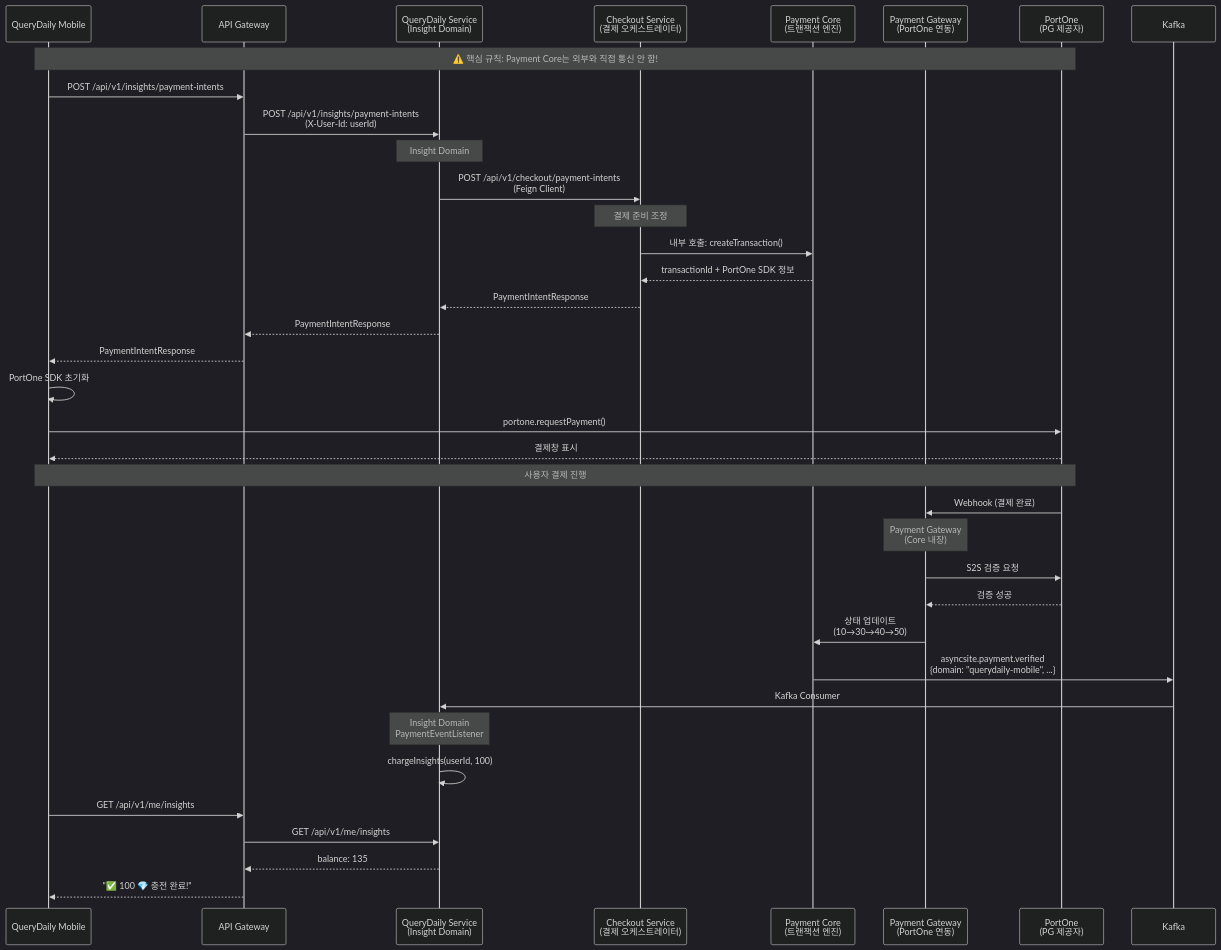
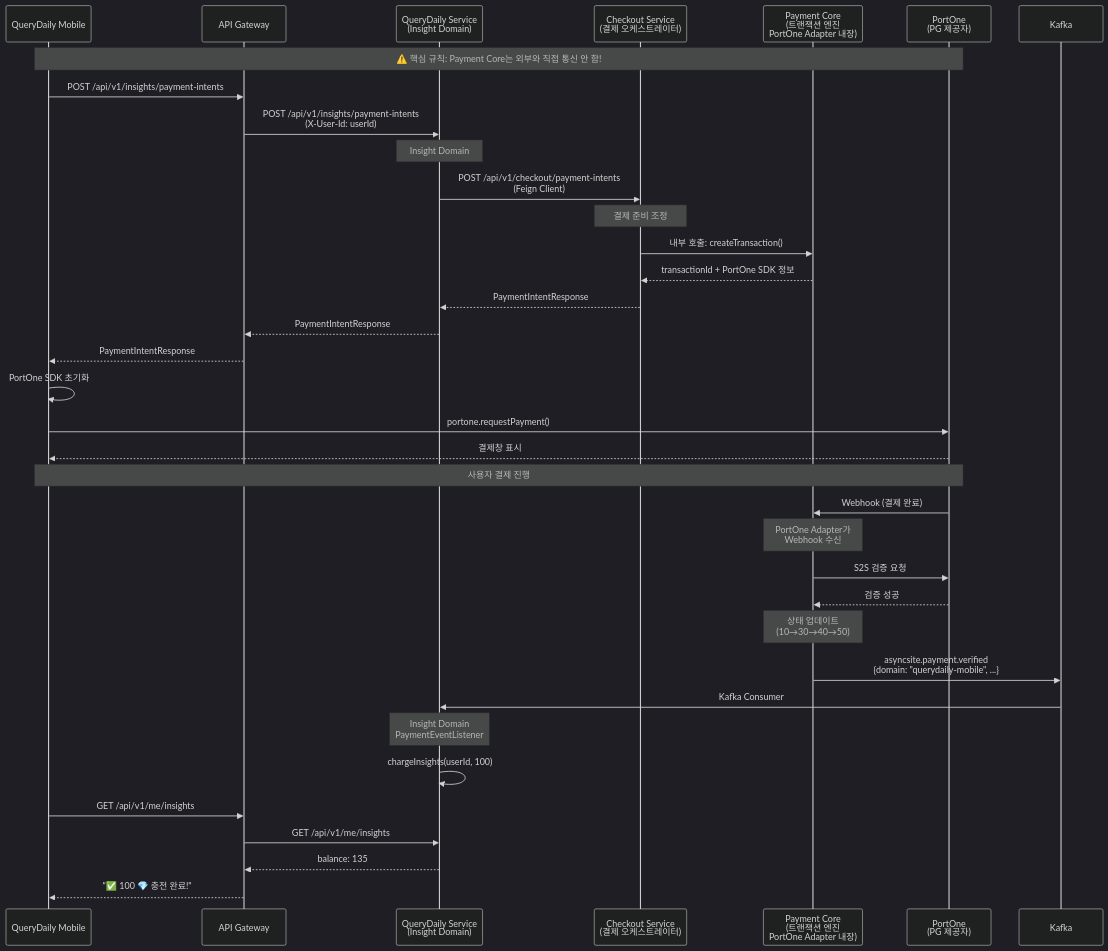
One commit to AsyncSite/querydaily-frontend changed the second of 12 diagrams in docs/plan/MOBILE_MVP_ROADMAP.md. Above: the diagram before and after it, drawn with Mermaid (dark theme). The commit also changed other lines of this file, not shown here.

First line of the commit message:
docs: Personalization Domain 추가 및 Payment 아키텍처 수정

````diff
--- a/docs/plan/MOBILE_MVP_ROADMAP.md
+++ b/docs/plan/MOBILE_MVP_ROADMAP.md
@@ -228,48 +231,47 @@
 ```mermaid
 sequenceDiagram
     participant Mobile as QueryDaily Mobile
     participant Gateway as API Gateway
     participant QD as QueryDaily Service<br/>(Insight Domain)
     participant Checkout as Checkout Service<br/>(결제 오케스트레이터)
-    participant Core as Payment Core<br/>(트랜잭션 엔진)
-    participant PG as Payment Gateway<br/>(PortOne 연동)
+    participant Core as Payment Core<br/>(트랜잭션 엔진<br/>PortOne Adapter 내장)
     participant PortOne as PortOne<br/>(PG 제공자)
     participant Kafka as Kafka
 
     Note over Mobile,PortOne: ⚠️ 핵심 규칙: Payment Core는 외부와 직접 통신 안 함!
 
     Mobile->>Gateway: POST /api/v1/insights/payment-intents
     Gateway->>QD: POST /api/v1/insights/payment-intents<br/>(X-User-Id: userId)
 
     Note over QD: Insight Domain
     QD->>Checkout: POST /api/v1/checkout/payment-intents<br/>(Feign Client)
 
     Note over Checkout: 결제 준비 조정
     Checkout->>Core: 내부 호출: createTransaction()
     Core-->>Checkout: transactionId + PortOne SDK 정보
     Checkout-->>QD: PaymentIntentResponse
     QD-->>Gateway: PaymentIntentResponse
     Gateway-->>Mobile: PaymentIntentResponse
 
     Mobile->>Mobile: PortOne SDK 초기화
     Mobile->>PortOne: portone.requestPayment()
     PortOne-->>Mobile: 결제창 표시
     Note over Mobile,PortOne: 사용자 결제 진행
 
-    PortOne->>PG: Webhook (결제 완료)
-    Note over PG: Payment Gateway<br/>(Core 내장)
-    PG->>PortOne: S2S 검증 요청
-    PortOne-->>PG: 검증 성공
-    PG->>Core: 상태 업데이트<br/>(10→30→40→50)
+    PortOne->>Core: Webhook (결제 완료)
+    Note over Core: PortOne Adapter가<br/>Webhook 수신
+    Core->>PortOne: S2S 검증 요청
+    PortOne-->>Core: 검증 성공
+    Note over Core: 상태 업데이트<br/>(10→30→40→50)
 
     Core->>Kafka: asyncsite.payment.verified<br/>{domain: "querydaily-mobile", ...}
 
     Kafka->>QD: Kafka Consumer
     Note over QD: Insight Domain<br/>PaymentEventListener
     QD->>QD: chargeInsights(userId, 100)
 
     Mobile->>Gateway: GET /api/v1/me/insights
     Gateway->>QD: GET /api/v1/me/insights
     QD-->>Gateway: balance: 135
     Gateway-->>Mobile: "✅ 100 💎 충전 완료!"
 ```
````
